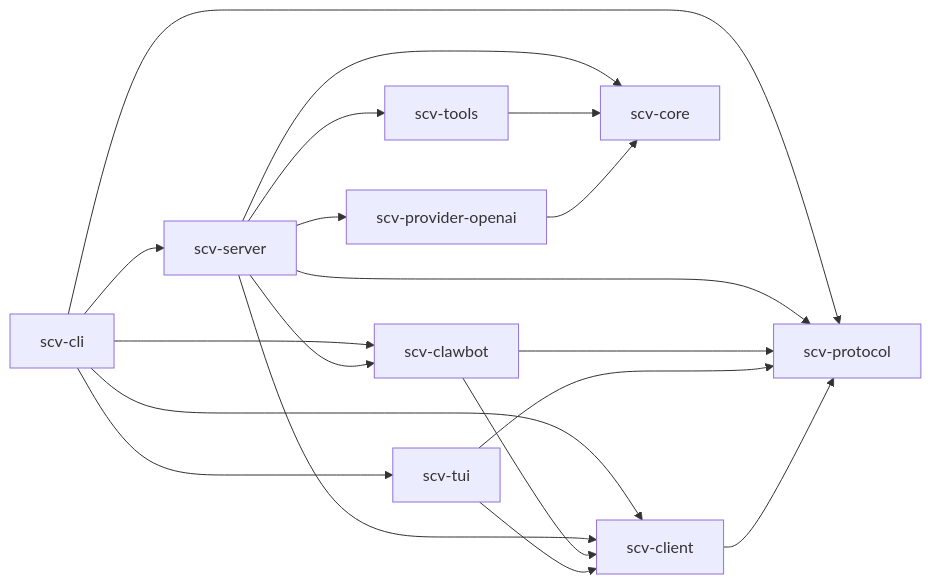
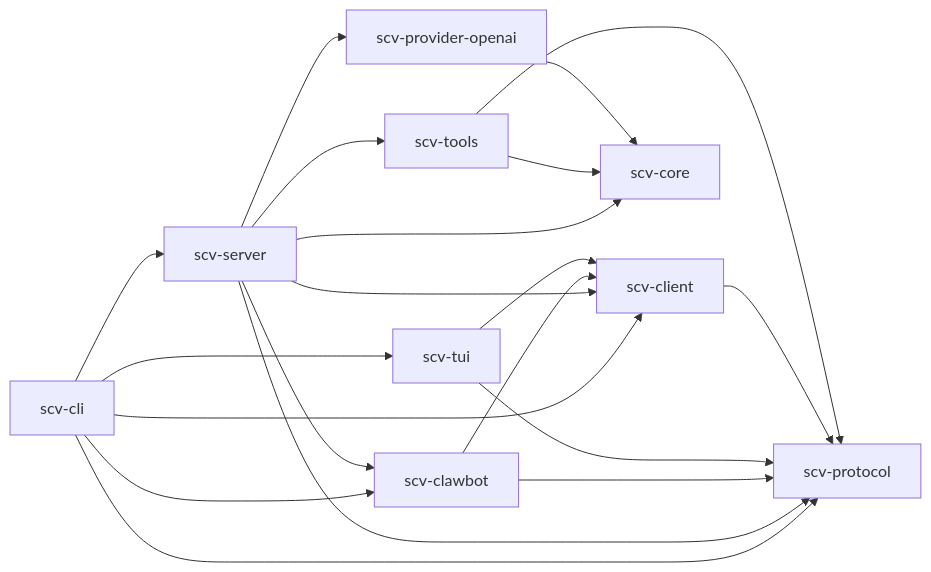
Before and after one commit to PeiyuanQi/scv: the diagram in docs/architecture.md, drawn with Mermaid. The commit also changed other lines of this file and 23 other files, not shown here.

````diff
--- a/docs/architecture.md
+++ b/docs/architecture.md
@@ -15,21 +15,22 @@
 ```mermaid
 flowchart LR
     cli["scv-cli"] --> server["scv-server"]
     cli --> tui["scv-tui"]
     cli --> clawbot["scv-clawbot"]
     cli --> client["scv-client"]
     cli --> protocol["scv-protocol"]
     server --> clawbot
     server --> client
     server --> protocol
     server --> core["scv-core"]
     server --> tools["scv-tools"]
     server --> provider["scv-provider-openai"]
     clawbot --> client
     clawbot --> protocol
     tui --> client
     tui --> protocol
     client --> protocol
     tools --> core
+    tools --> protocol
     provider --> core
 ```
````
